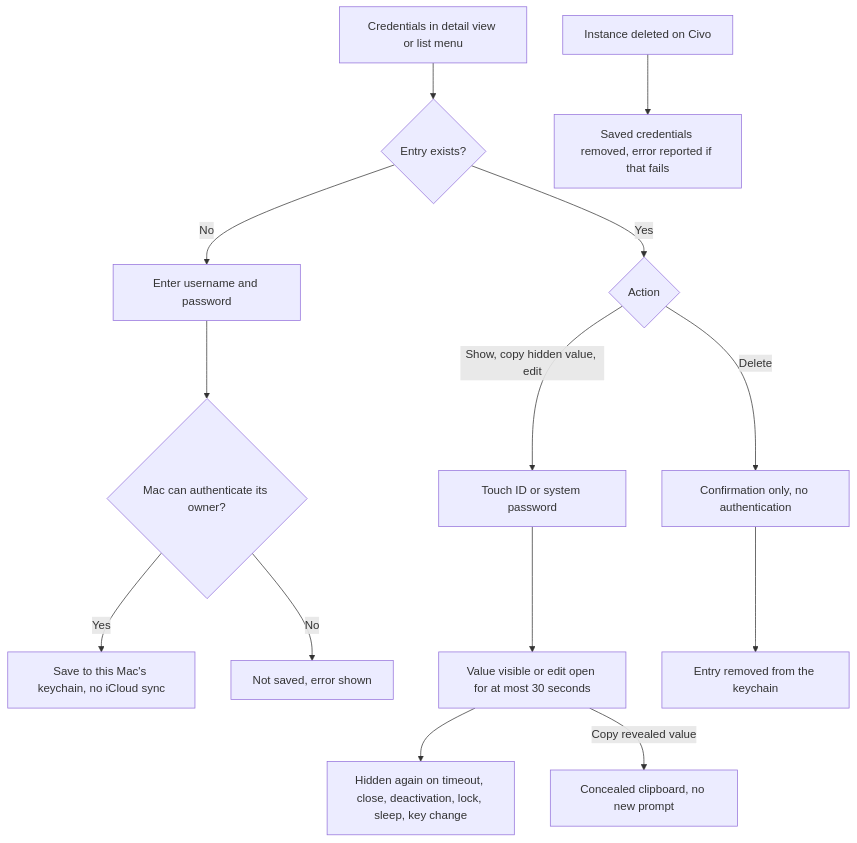
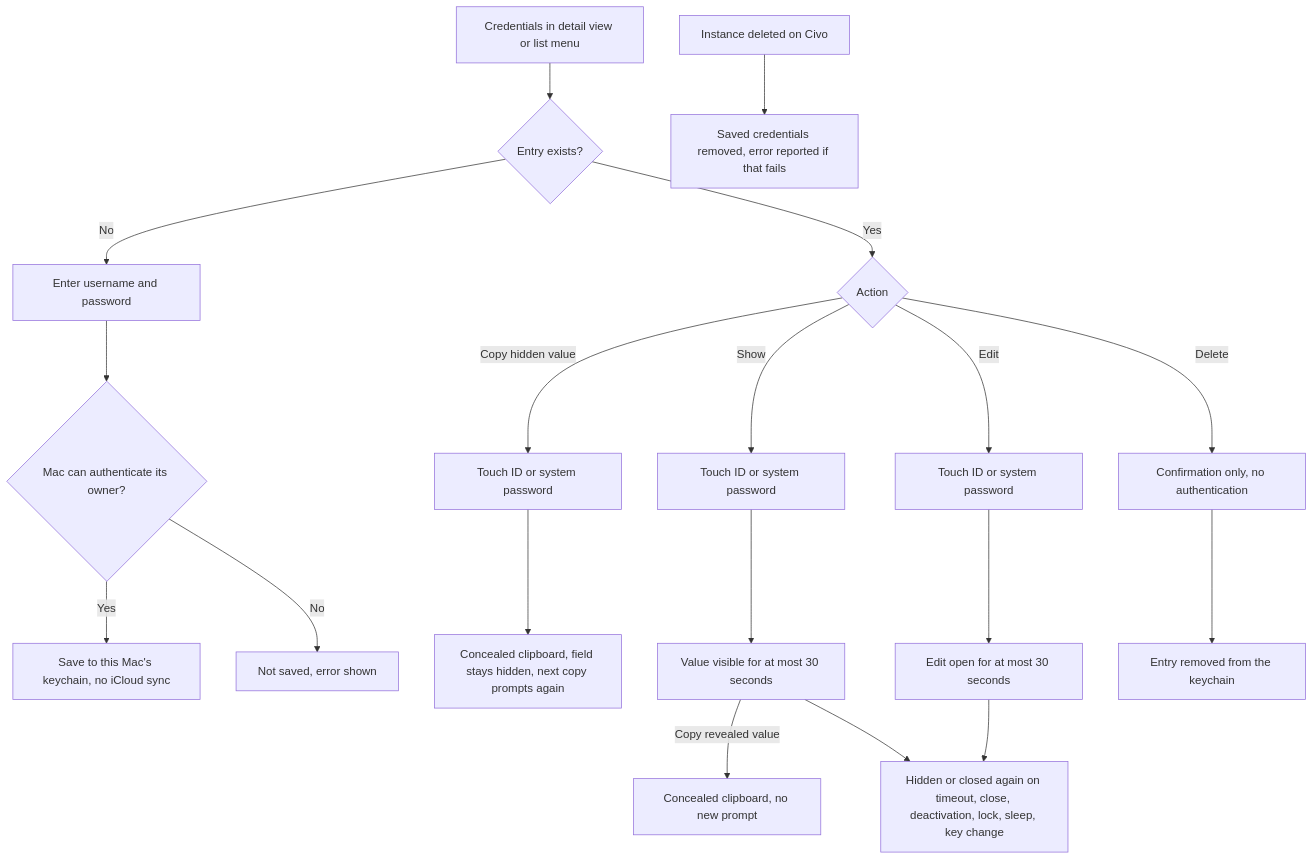
One commit to marcelrgberger/civo-cloud-manager changed diagram 11 of 14 in README.md. Above: the diagram before and after it, drawn with Mermaid.

Commit message:
Keep a hidden copy separate from reveal and edit in the vault diagram
Copying a hidden value authenticates, fills the concealed clipboard and
leaves the field hidden, so the next copy prompts again. Only showing a
value enables prompt-free copying, and only show and edit open the
30-second window.

Refs #107

````diff
--- a/README.md
+++ b/README.md
@@ -420,16 +420,21 @@
 ```mermaid
 flowchart TD
     A[Credentials in detail view or list menu] --> B{Entry exists?}
     B -->|No| C[Enter username and password]
     C --> D{Mac can authenticate its owner?}
     D -->|Yes| E[Save to this Mac's keychain, no iCloud sync]
     D -->|No| X[Not saved, error shown]
     B -->|Yes| F{Action}
-    F -->|Show, copy hidden value, edit| G[Touch ID or system password]
-    G --> H[Value visible or edit open for at most 30 seconds]
-    H --> I[Hidden again on timeout, close, deactivation, lock, sleep, key change]
+    F -->|Copy hidden value| GC[Touch ID or system password]
+    GC --> PC[Concealed clipboard, field stays hidden, next copy prompts again]
+    F -->|Show| GS[Touch ID or system password]
+    GS --> H[Value visible for at most 30 seconds]
     H -->|Copy revealed value| P[Concealed clipboard, no new prompt]
+    F -->|Edit| GE[Touch ID or system password]
+    GE --> E2[Edit open for at most 30 seconds]
+    H --> I[Hidden or closed again on timeout, close, deactivation, lock, sleep, key change]
+    E2 --> I
     F -->|Delete| Q[Confirmation only, no authentication]
     Q --> R[Entry removed from the keychain]
     J[Instance deleted on Civo] --> K[Saved credentials removed, error reported if that fails]
 ```
````
